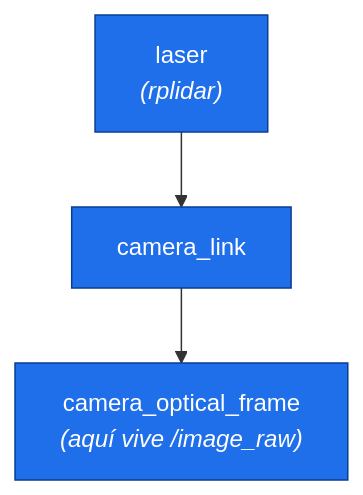
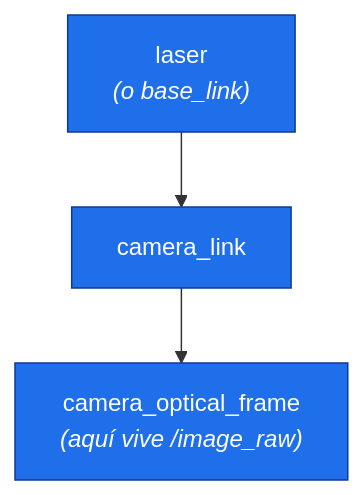
The fourth of 8 diagrams in docs/runbook-arquitectura.md (023000237/ros2_jazzy_ws_Jean), drawn with Mermaid before and after one commit. The commit also changed other lines of this file and 41 other files, not shown here.

Commit message:
new architecture

````diff
--- a/docs/runbook-arquitectura.md
+++ b/docs/runbook-arquitectura.md
@@ -166,8 +203,8 @@
 ```mermaid
 graph TD
-    LASER["laser<br/><i>(rplidar)</i>"] --> CL["camera_link"]
+    LASER["laser<br/><i>(o base_link)</i>"] --> CL["camera_link"]
     CL --> COF["camera_optical_frame<br/><i>(aquí vive /image_raw)</i>"]
 
     classDef f fill:#1f6feb,stroke:#0b3d91,color:#fff
     class LASER,CL,COF f
 ```
````
